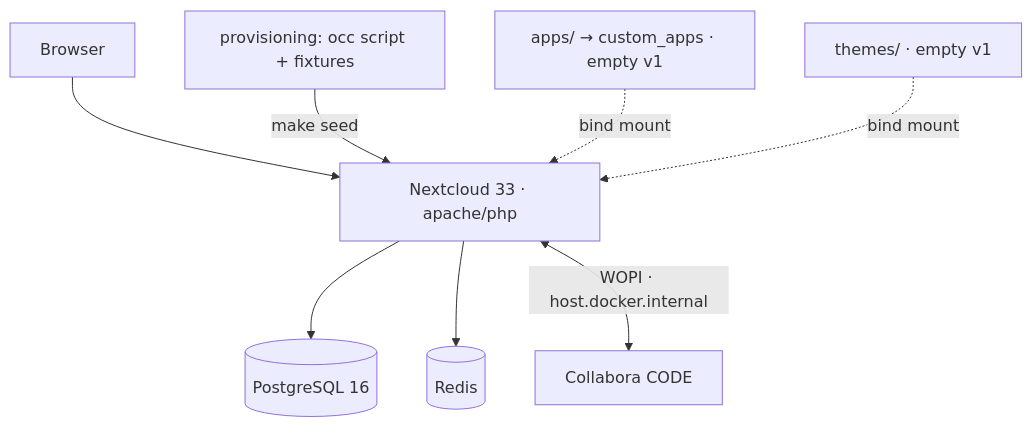
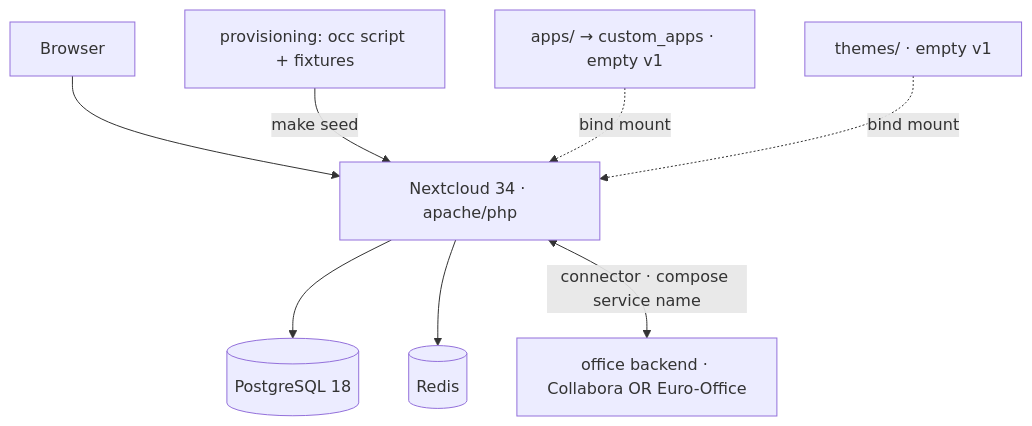
The first of 2 diagrams in docs/ARCHITECTURE.md (APS-Conecta/gestion), drawn with Mermaid before and after one commit. The commit also changed other lines of this file and 14 other files, not shown here.

````diff
--- a/docs/ARCHITECTURE.md
+++ b/docs/ARCHITECTURE.md
@@ -52,10 +52,10 @@
 ```mermaid
 graph TD
-  B[Browser] --> NC[Nextcloud 33 · apache/php]
-  NC --> PG[(PostgreSQL 16)]
+  B[Browser] --> NC[Nextcloud 34 · apache/php]
+  NC --> PG[(PostgreSQL 18)]
   NC --> R[(Redis)]
-  NC <-->|WOPI · host.docker.internal| C[Collabora CODE]
+  NC <-->|connector · compose service name| C[office backend · Collabora OR Euro-Office]
   PROV[provisioning: occ script + fixtures] -->|make seed| NC
   A[apps/ → custom_apps · empty v1] -.bind mount.-> NC
   T[themes/ · empty v1] -.bind mount.-> NC
 ```
````
